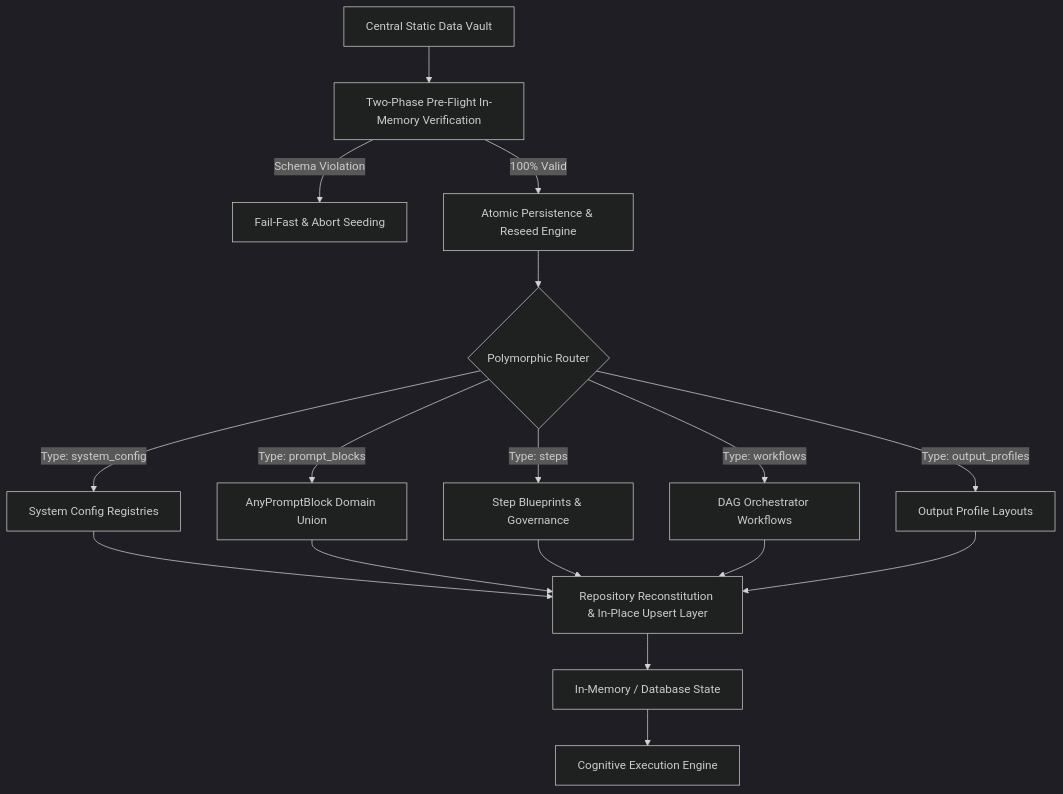
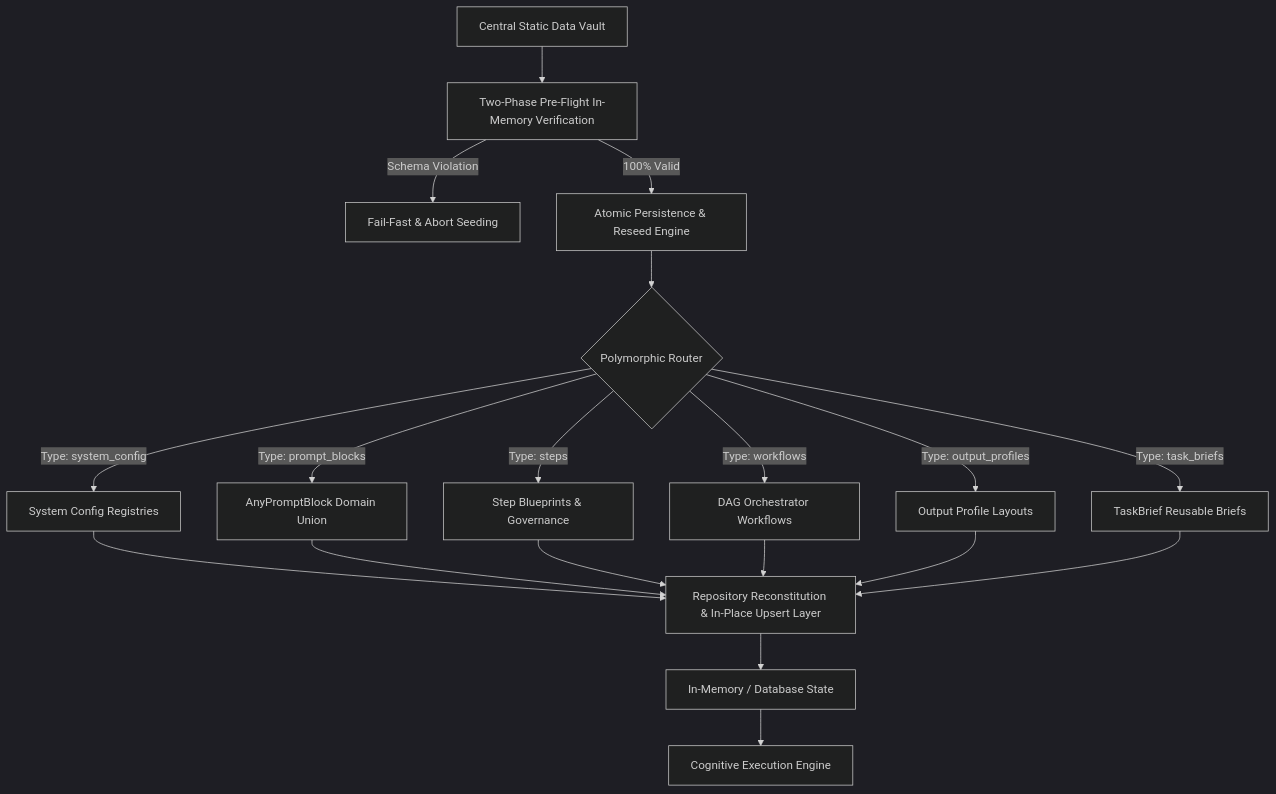
The diagram in docs/architecture/02_data_seeding_and_ontology.md (launis/quorum), drawn with Mermaid (dark theme) before and after one commit. The commit also changed other lines of this file and 5 other files, not shown here.

First line of the commit message:
docs(architecture): sync task_briefs ontology and crud lifecycle

````diff
--- a/docs/architecture/02_data_seeding_and_ontology.md
+++ b/docs/architecture/02_data_seeding_and_ontology.md
@@ -103,15 +103,16 @@
 ```mermaid
 flowchart TD
     A[Central Static Data Vault] --> B[Two-Phase Pre-Flight In-Memory Verification]
     B -- Schema Violation --> C[Fail-Fast & Abort Seeding]
     B -- 100% Valid --> D[Atomic Persistence & Reseed Engine]
     D --> E{Polymorphic Router}
     E -- Type: system_config --> F[System Config Registries]
     E -- Type: prompt_blocks --> G[AnyPromptBlock Domain Union]
     E -- Type: steps --> H[Step Blueprints & Governance]
     E -- Type: workflows --> I[DAG Orchestrator Workflows]
     E -- Type: output_profiles --> J[Output Profile Layouts]
-    F & G & H & I & J --> K[Repository Reconstitution & In-Place Upsert Layer]
+    E -- Type: task_briefs --> TB[TaskBrief Reusable Briefs]
+    F & G & H & I & J & TB --> K[Repository Reconstitution & In-Place Upsert Layer]
     K --> L[In-Memory / Database State]
     L --> M[Cognitive Execution Engine]
 ```
````
